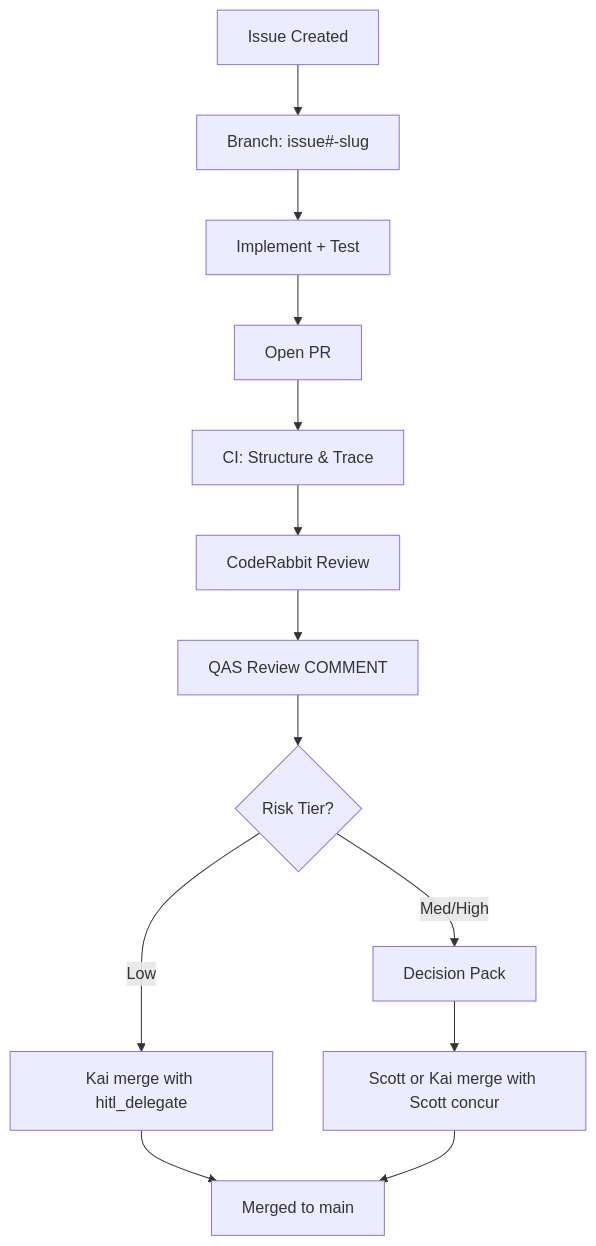
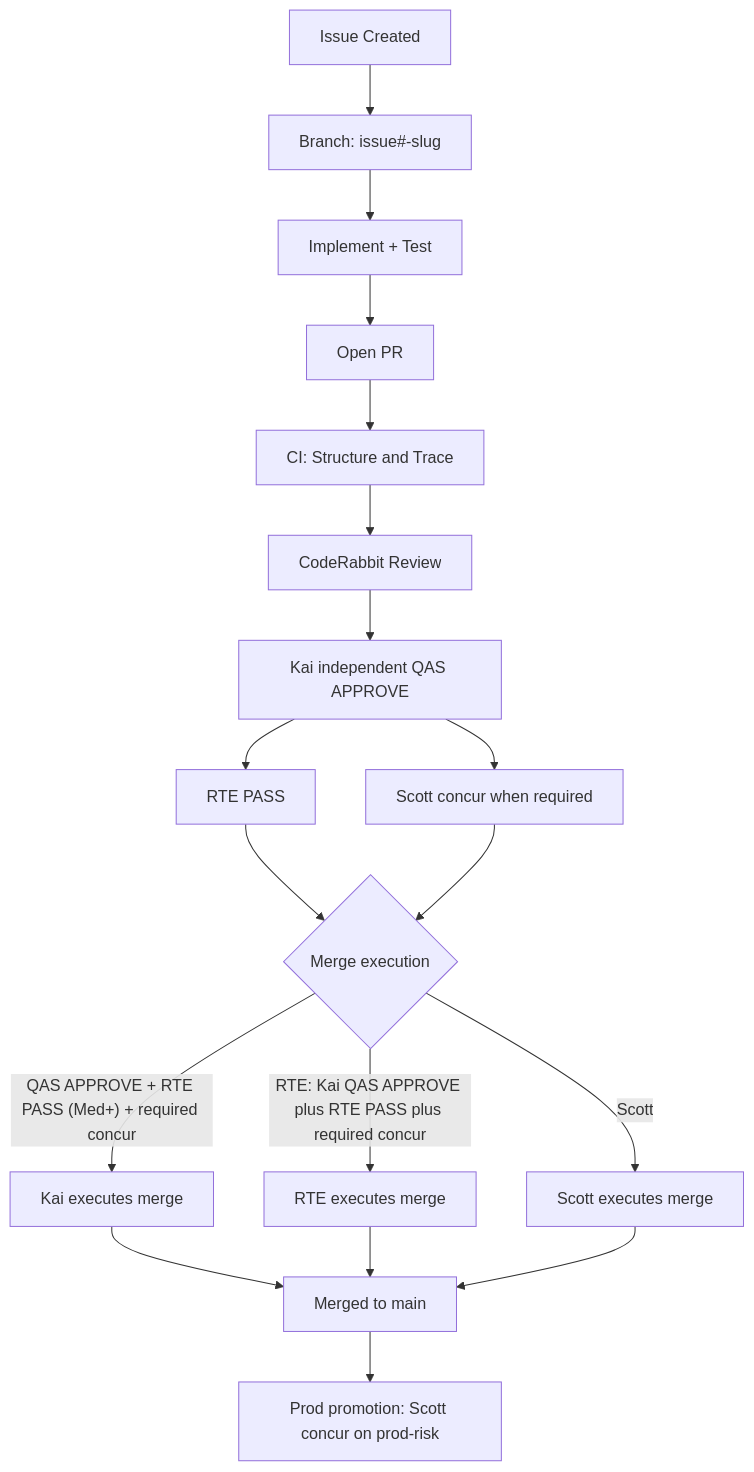
One commit to bybren-llc/safe-harness changed the diagram in README.md. Above: the diagram before and after it, drawn with Mermaid. The commit also changed other lines of this file and 14 other files, not shown here.

First line of the commit message:
Release · RTE merge-rights amendment (#22)

````diff
--- a/README.md
+++ b/README.md
@@ -83,15 +83,20 @@
 ```mermaid
 graph TD
     A[Issue Created] --> B[Branch: issue#-slug]
     B --> C[Implement + Test]
     C --> D[Open PR]
-    D --> E[CI: Structure & Trace]
+    D --> E[CI: Structure and Trace]
     E --> F[CodeRabbit Review]
-    F --> G[QAS Review COMMENT]
-    G --> H{Risk Tier?}
-    H -->|Low| I[Kai merge with hitl_delegate]
-    H -->|Med/High| J[Decision Pack]
-    J --> K[Scott or Kai merge with Scott concur]
-    I --> L[Merged to main]
-    K --> L
+    F --> G[Kai independent QAS APPROVE]
+    G --> H[RTE PASS]
+    G --> I[Scott concur when required]
+    H --> J{Merge execution}
+    I --> J
+    J -->|"QAS APPROVE + RTE PASS (Med+) + required concur"| K[Kai executes merge]
+    J -->|RTE: Kai QAS APPROVE plus RTE PASS plus required concur| L[RTE executes merge]
+    J -->|Scott| S[Scott executes merge]
+    K --> M[Merged to main]
+    L --> M
+    S --> M
+    M --> P[Prod promotion: Scott concur on prod-risk]
 ```
````
